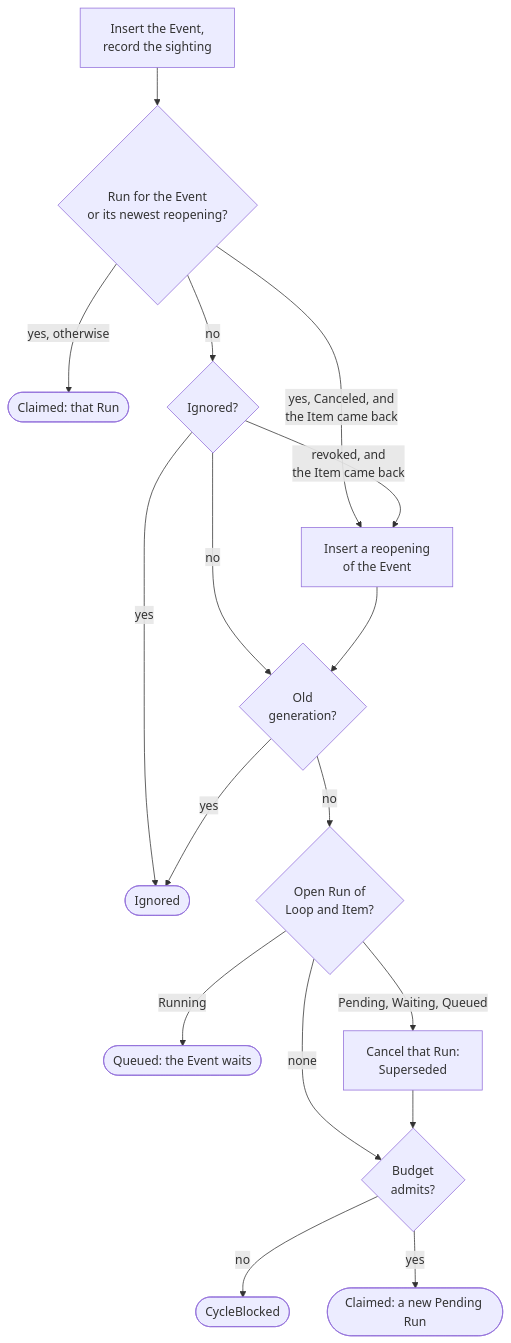
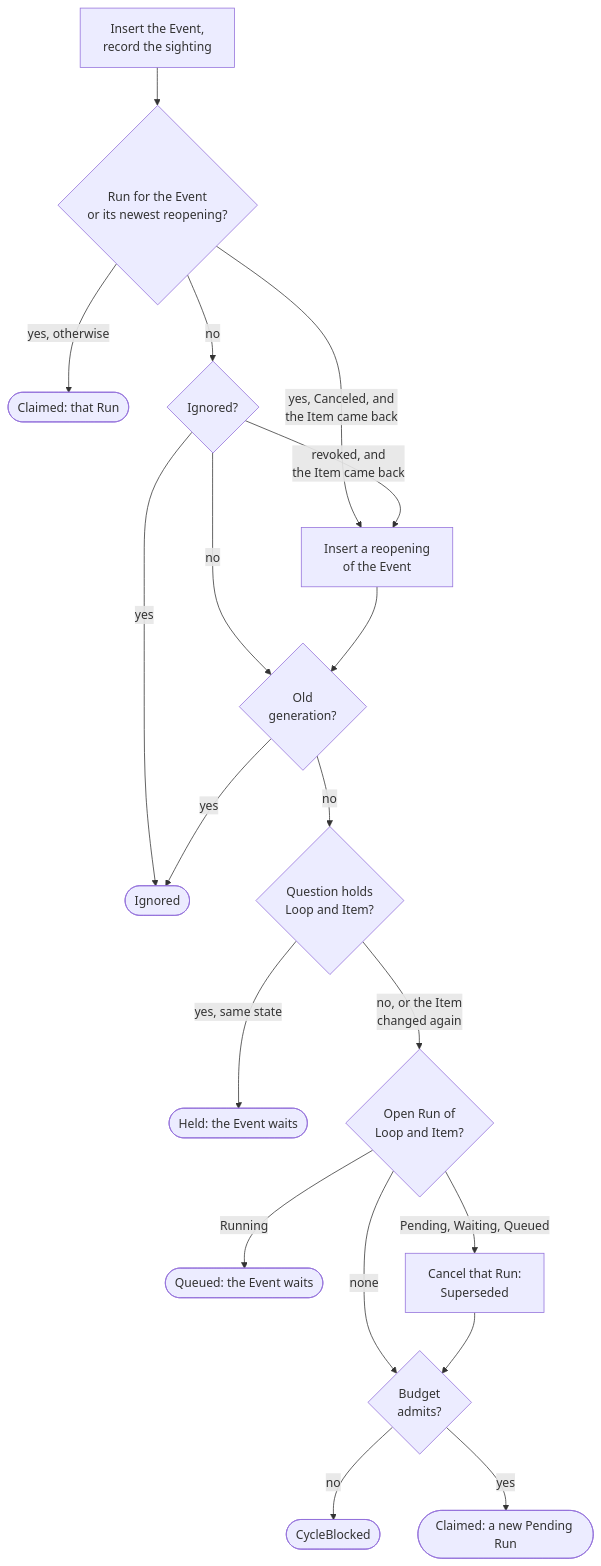
One commit to basaltbytes/usine changed the second of 5 diagrams in apps/docs/src/content/docs/architecture/run-lifecycle.mdx. Above: the diagram before and after it, drawn with Mermaid. The commit also changed other lines of this file and 46 other files, not shown here.

````diff
--- a/apps/docs/src/content/docs/architecture/run-lifecycle.mdx
+++ b/apps/docs/src/content/docs/architecture/run-lifecycle.mdx
@@ -85,19 +85,21 @@
 ```mermaid
 flowchart TB
   record["Insert the Event,<br/>record the sighting"] --> existing{"Run for the Event<br/>or its newest reopening?"}
   existing -- "yes, Canceled, and<br/>the Item came back" --> reopen["Insert a reopening<br/>of the Event"]
   existing -- "yes, otherwise" --> claimed(["Claimed: that Run"])
   existing -- no --> ignored{"Ignored?"}
   ignored -- "revoked, and<br/>the Item came back" --> reopen
   ignored -- yes --> ignoredResult(["Ignored"])
   ignored -- no --> generation{"Old<br/>generation?"}
   reopen --> generation
   generation -- yes --> ignoredResult
-  generation -- no --> blocking{"Open Run of<br/>Loop and Item?"}
+  generation -- no --> held{"Question holds<br/>Loop and Item?"}
+  held -- "yes, same state" --> heldResult(["Held: the Event waits"])
+  held -- "no, or the Item<br/>changed again" --> blocking{"Open Run of<br/>Loop and Item?"}
   blocking -- Running --> queued(["Queued: the Event waits"])
   blocking -- "Pending, Waiting, Queued" --> supersede["Cancel that Run:<br/>Superseded"]
   blocking -- none --> budget
   supersede --> budget{"Budget<br/>admits?"}
   budget -- no --> blocked(["CycleBlocked"])
   budget -- yes --> opened(["Claimed: a new Pending Run"])
 ```
````
